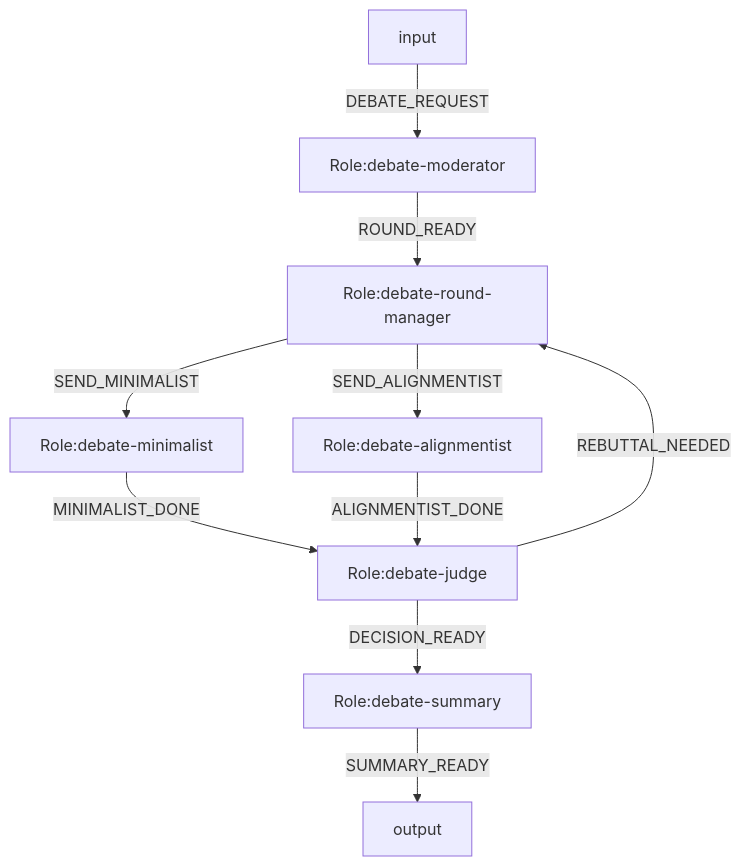
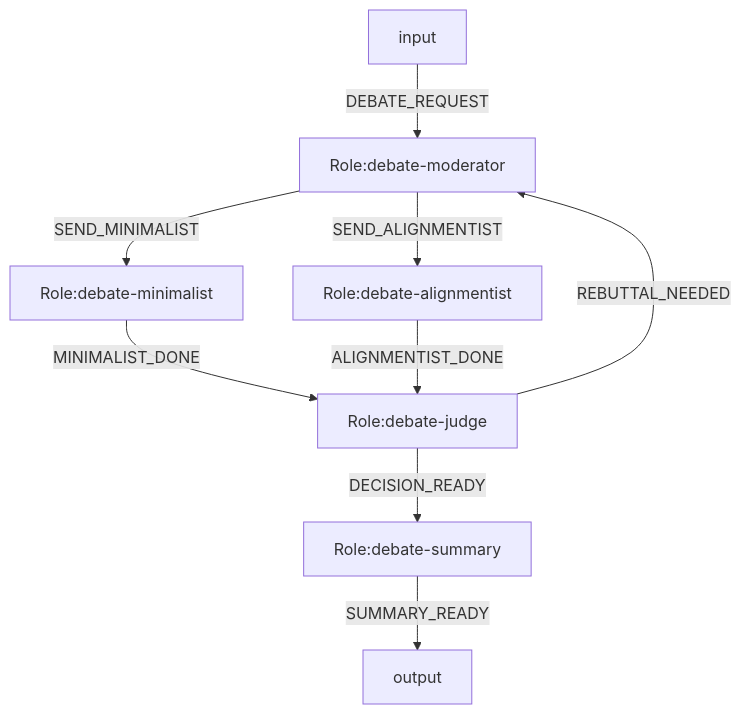
Before and after one commit to Fredericzhou/ogsystem: the second of 2 diagrams in docs/langgraph-engine-example-systems.md, drawn with Mermaid. The commit also changed other lines of this file and 69 other files, not shown here.

````diff
--- a/docs/langgraph-engine-example-systems.md
+++ b/docs/langgraph-engine-example-systems.md
@@ -140,31 +97,26 @@
 ```mermaid
 flowchart TD
 %% engine=langgraph
 %% system.id=architecture.debate.current
 %% system.version=1.0.0
 %% law.global=law.debate.base
 %% entry.role=debate-moderator
-%% role.mode.debate-round-manager=parallel_split
+%% role.mode.debate-moderator=parallel_split
 %% join.mode.debate-judge=all_of
 %% join.sources.debate-judge=debate-minimalist,debate-alignmentist
-%% loop.max.debate-round-manager=2
+%% loop.max.debate-moderator=2
 %% model.bind.debate-moderator=fast-gpt54
-%% model.bind.debate-round-manager=fast-gpt54
-%% model.bind.debate-minimalist=claude-sonnet
+%% model.bind.debate-minimalist=balanced-gpt52
 %% model.bind.debate-alignmentist=deep-o3
 %% model.bind.debate-judge=deep-o3
-%% model.bind.debate-summary=fast-gpt54
+%% model.bind.debate-summary=steady-gpt54
 
 input -->|DEBATE_REQUEST| moderator[Role:debate-moderator]
-moderator[Role:debate-moderator] -->|ROUND_READY| parallel_round[Role:debate-round-manager]
-
-parallel_round[Role:debate-round-manager] -->|SEND_MINIMALIST| minimalist[Role:debate-minimalist]
-parallel_round[Role:debate-round-manager] -->|SEND_ALIGNMENTIST| alignmentist[Role:debate-alignmentist]
-
+moderator[Role:debate-moderator] -->|SEND_MINIMALIST| minimalist[Role:debate-minimalist]
+moderator[Role:debate-moderator] -->|SEND_ALIGNMENTIST| alignmentist[Role:debate-alignmentist]
 minimalist[Role:debate-minimalist] -->|MINIMALIST_DONE| judge[Role:debate-judge]
 alignmentist[Role:debate-alignmentist] -->|ALIGNMENTIST_DONE| judge[Role:debate-judge]
-
-judge[Role:debate-judge] -->|REBUTTAL_NEEDED| parallel_round[Role:debate-round-manager]
+judge[Role:debate-judge] -->|REBUTTAL_NEEDED| moderator[Role:debate-moderator]
 judge[Role:debate-judge] -->|DECISION_READY| summary[Role:debate-summary]
 summary[Role:debate-summary] -->|SUMMARY_READY| output
 ```
````
